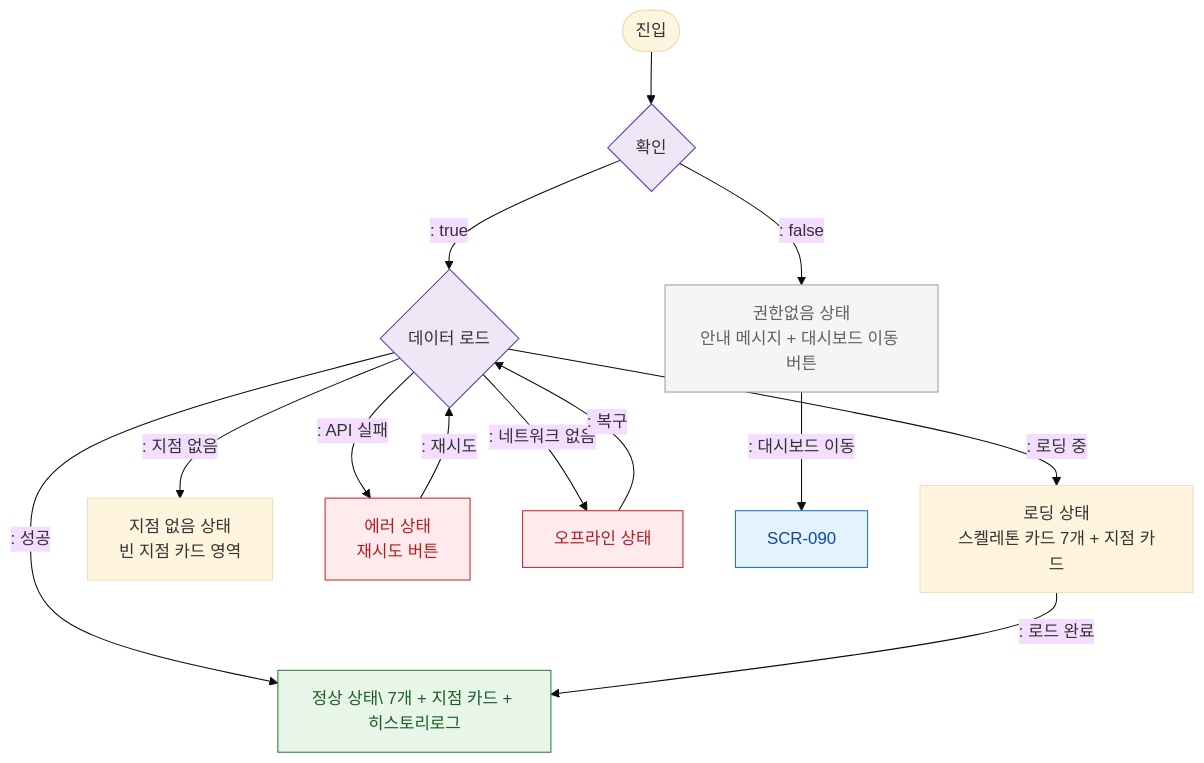
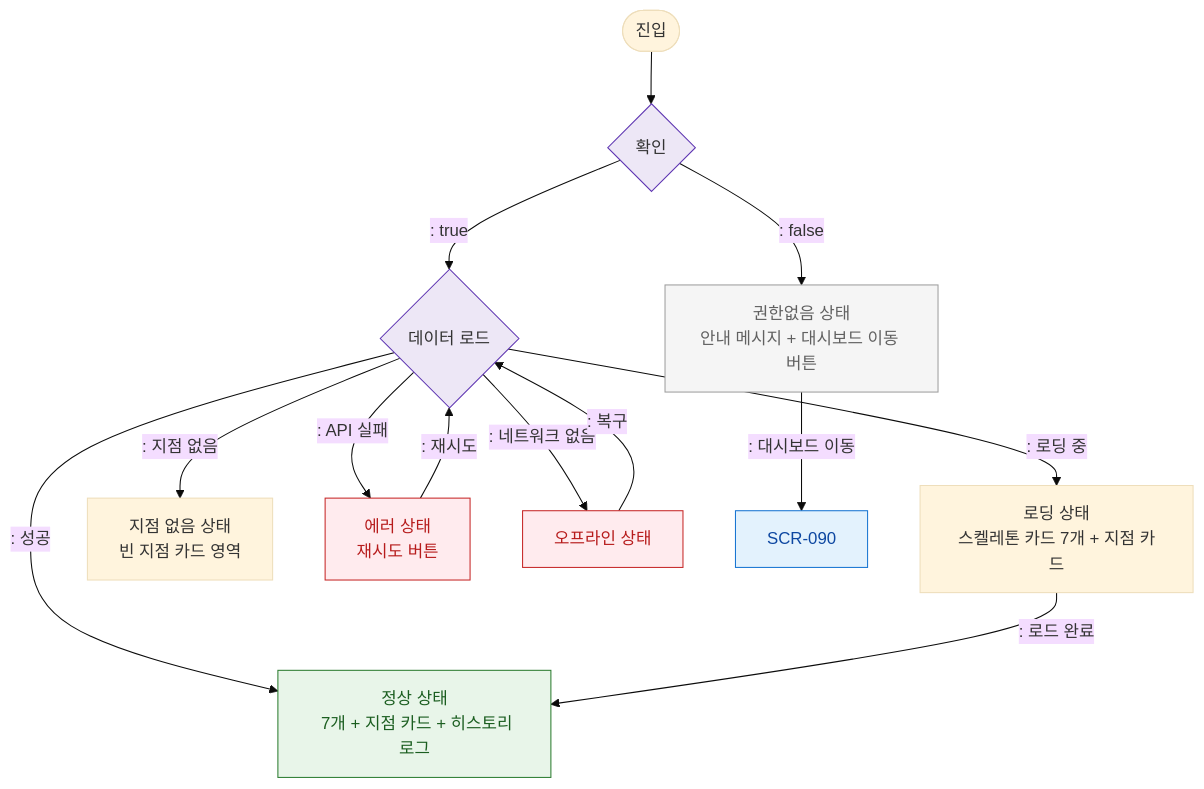
Before and after one commit to dev-spogym/admin-pando: the diagram in docs/admin/다이어그램/D10_본사관리/SCR-091_슈퍼대시보드/F6_상태별.md, drawn with Mermaid (base theme). The commit also changed 369 other files, not shown here.

````diff
--- a/docs/admin/다이어그램/D10_본사관리/SCR-091_슈퍼대시보드/F6_상태별.md
+++ b/docs/admin/다이어그램/D10_본사관리/SCR-091_슈퍼대시보드/F6_상태별.md
@@ -12,30 +12,30 @@
 ```mermaid
 flowchart TD
   Entry([진입]) --> SuperCheck{확인}
 
   SuperCheck -->|": false"|BlockedState[권한없음 상태\n안내 메시지 + 대시보드 이동 버튼]
   SuperCheck -->|": true"|LoadState{데이터 로드}
 
   LoadState -->|": 로딩 중"|Loading[로딩 상태\n스켈레톤 카드 7개 + 지점 카드]
-  LoadState -->|": 성공"|Normal[정상 상태\ 7개 + 지점 카드 + 히스토리로그]
+  LoadState -->|": 성공"|Normal[정상 상태<br/> 7개 + 지점 카드 + 히스토리로그]
   LoadState -->|": 지점 없음"|EmptyBranch[지점 없음 상태\n빈 지점 카드 영역]
   LoadState -->|": API 실패"|Error[에러 상태\n재시도 버튼]
   LoadState -->|": 네트워크 없음"|Offline[오프라인 상태]
 
   BlockedState -->|": 대시보드 이동"|SCR_090[SCR-090]
   Loading -->|": 로드 완료"|Normal
   Error -->|": 재시도"|LoadState
   Offline -->|": 복구"|LoadState
 
   classDef screen fill:#E3F2FD,stroke:#1976D2,color:#0D47A1
   classDef system fill:#EDE7F6,stroke:#5E35B2
   classDef error fill:#FFEBEE,stroke:#C62828,color:#B71C1C
   classDef rbacBlocked fill:#F5F5F5,stroke:#9E9E9E,color:#616161
   classDef success fill:#E8F5E9,stroke:#2E7D32,color:#1B5E20
 
   class SCR_090 screen
   class LoadState,SuperCheck system
   class Error,Offline error
   class BlockedState rbacBlocked
   class Normal success
 ```
````
